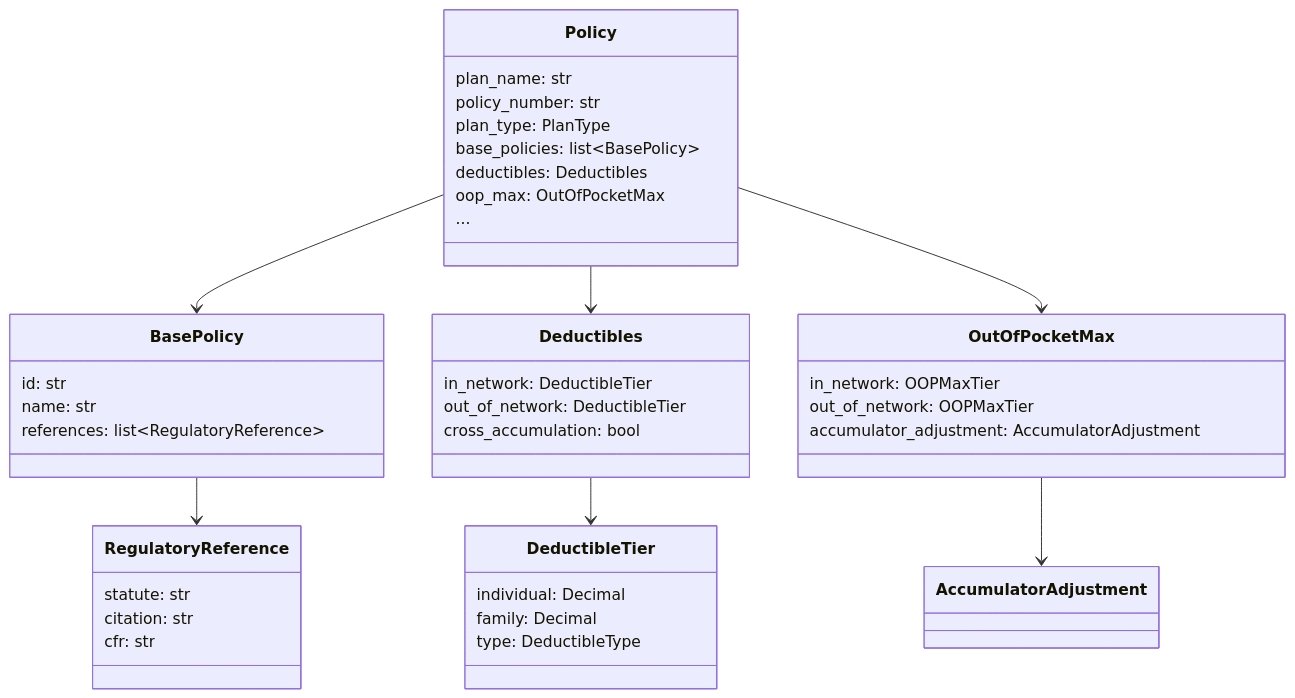
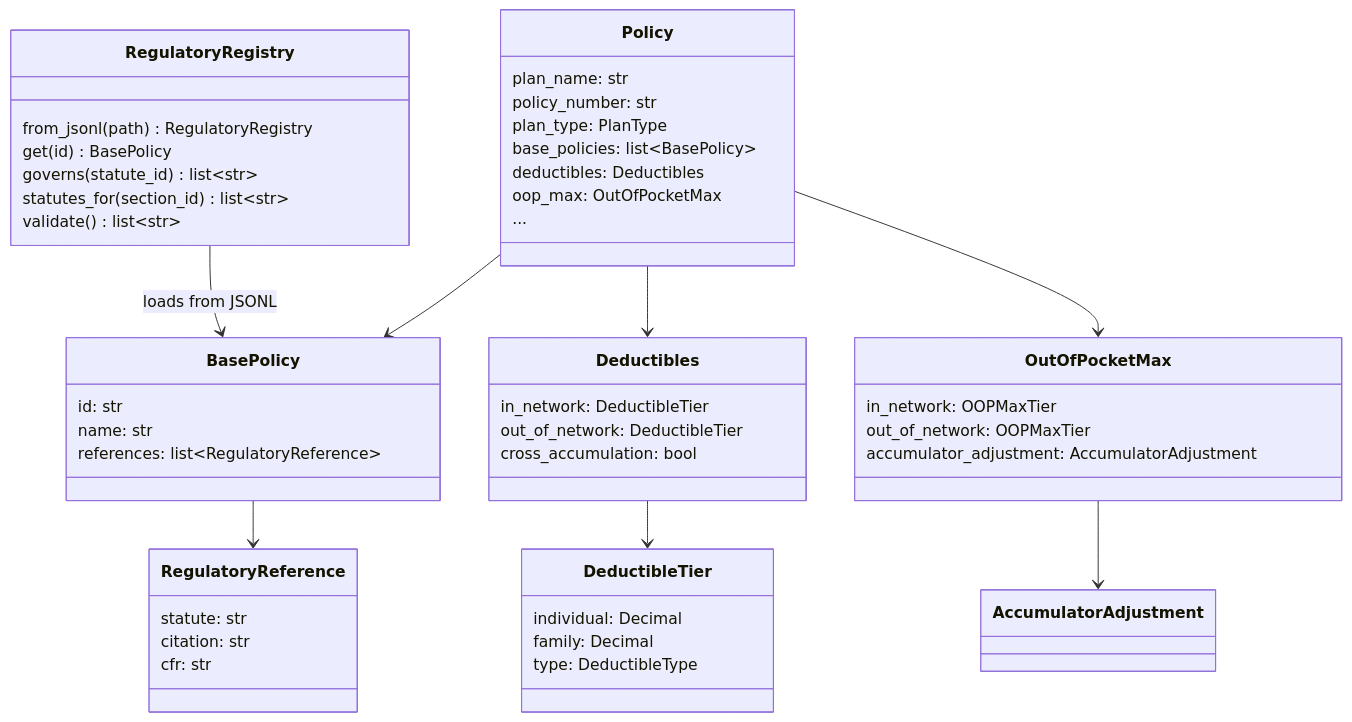
One commit to aaronsb/insurance_contract_testing changed the diagram in docs/contract-model.md. Above: the diagram before and after it, drawn with Mermaid. The commit also changed other lines of this file and 7 other files, not shown here.

First line of the commit message:
Externalize regulatory references into JSONL with RegulatoryRegistry

````diff
--- a/docs/contract-model.md
+++ b/docs/contract-model.md
@@ -15,51 +15,61 @@
 ```mermaid
 classDiagram
     direction TB
 
     class Policy {
         plan_name: str
         policy_number: str
         plan_type: PlanType
         base_policies: list~BasePolicy~
         deductibles: Deductibles
         oop_max: OutOfPocketMax
         ...
     }
 
     class BasePolicy {
         id: str
         name: str
         references: list~RegulatoryReference~
     }
 
     class RegulatoryReference {
         statute: str
         citation: str
         cfr: str
     }
 
     class Deductibles {
         in_network: DeductibleTier
         out_of_network: DeductibleTier
         cross_accumulation: bool
     }
 
     class DeductibleTier {
         individual: Decimal
         family: Decimal
         type: DeductibleType
     }
 
     class OutOfPocketMax {
         in_network: OOPMaxTier
         out_of_network: OOPMaxTier
         accumulator_adjustment: AccumulatorAdjustment
     }
 
     Policy --> BasePolicy
     Policy --> Deductibles
     Policy --> OutOfPocketMax
     BasePolicy --> RegulatoryReference
     Deductibles --> DeductibleTier
     OutOfPocketMax --> AccumulatorAdjustment
+
+    class RegulatoryRegistry {
+        from_jsonl(path) RegulatoryRegistry
+        get(id) BasePolicy
+        governs(statute_id) list~str~
+        statutes_for(section_id) list~str~
+        validate() list~str~
+    }
+
+    RegulatoryRegistry --> BasePolicy : loads from JSONL
 ```
````
